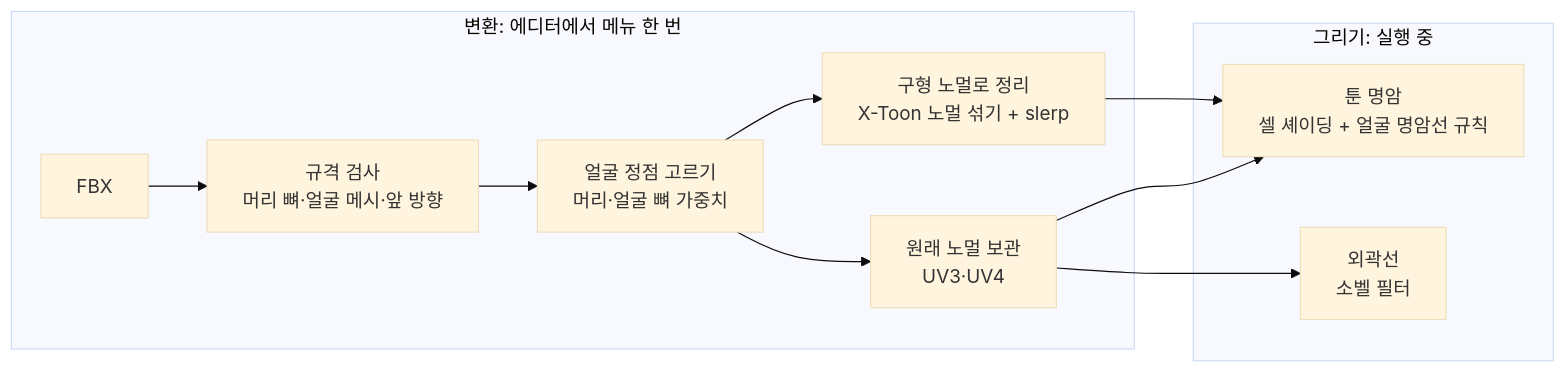
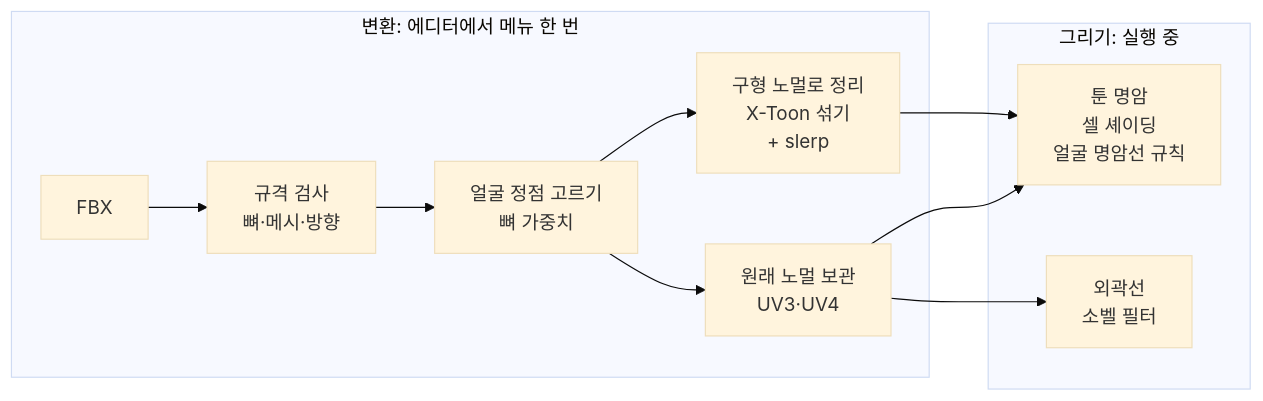
The diagram in README.md (sonyrainy/MediaProject_FBX2NPR), drawn with Mermaid (base theme) before and after one commit. The commit also changed 4 other files, not shown here.

````diff
--- a/README.md
+++ b/README.md
@@ -77,16 +77,16 @@
 ```mermaid
 flowchart LR
     subgraph conv["변환: 에디터에서 메뉴 한 번"]
-        A["FBX"] --> B["규격 검사<br/>머리 뼈·얼굴 메시·앞 방향"]
-        B --> C["얼굴 정점 고르기<br/>머리·얼굴 뼈 가중치"]
-        C --> D["구형 노멀로 정리<br/>X-Toon 노멀 섞기 + slerp"]
+        A["FBX"] --> B["규격 검사<br/>뼈·메시·방향"]
+        B --> C["얼굴 정점 고르기<br/>뼈 가중치"]
+        C --> D["구형 노멀로 정리<br/>X-Toon 섞기<br/>+ slerp"]
         C --> E["원래 노멀 보관<br/>UV3·UV4"]
     end
     subgraph draw["그리기: 실행 중"]
-        F["툰 명암<br/>셀 셰이딩 + 얼굴 명암선 규칙"]
+        F["툰 명암<br/>셀 셰이딩<br/>얼굴 명암선 규칙"]
         G["외곽선<br/>소벨 필터"]
     end
     D --> F
     E --> F
     E --> G
 ```
````
